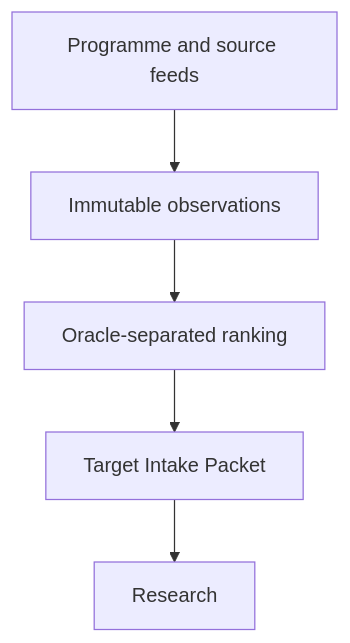
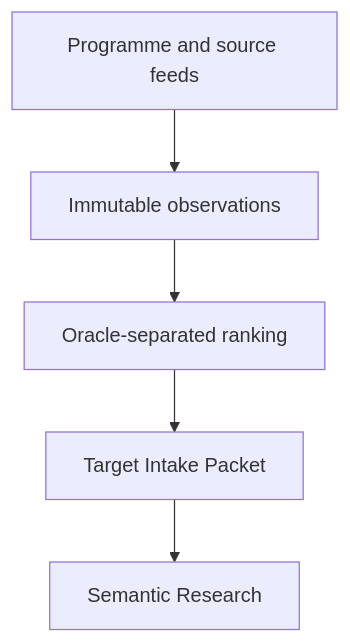
One commit to momoponwork1415-lgtm/wordpress-harness changed the fifth of 7 diagrams in docs/design/roadmap.md. Above: the diagram before and after it, drawn with Mermaid. The commit also changed other lines of this file, not shown here.

````diff
--- a/docs/design/roadmap.md
+++ b/docs/design/roadmap.md
@@ -63,10 +93,10 @@
 ```mermaid
 flowchart TB
     feeds["Programme and source feeds"]
     observe["Immutable observations"]
     rank["Oracle-separated ranking"]
     packet["Target Intake Packet"]
-    research["Research"]
+    research["Semantic Research"]
 
     feeds --> observe --> rank --> packet --> research
 ```
````
